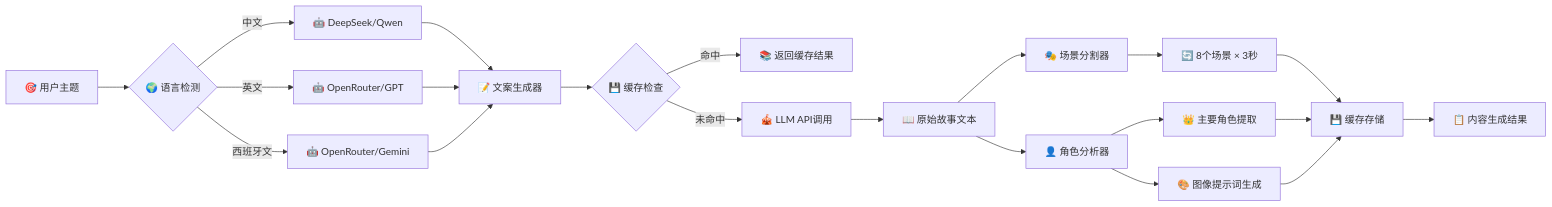
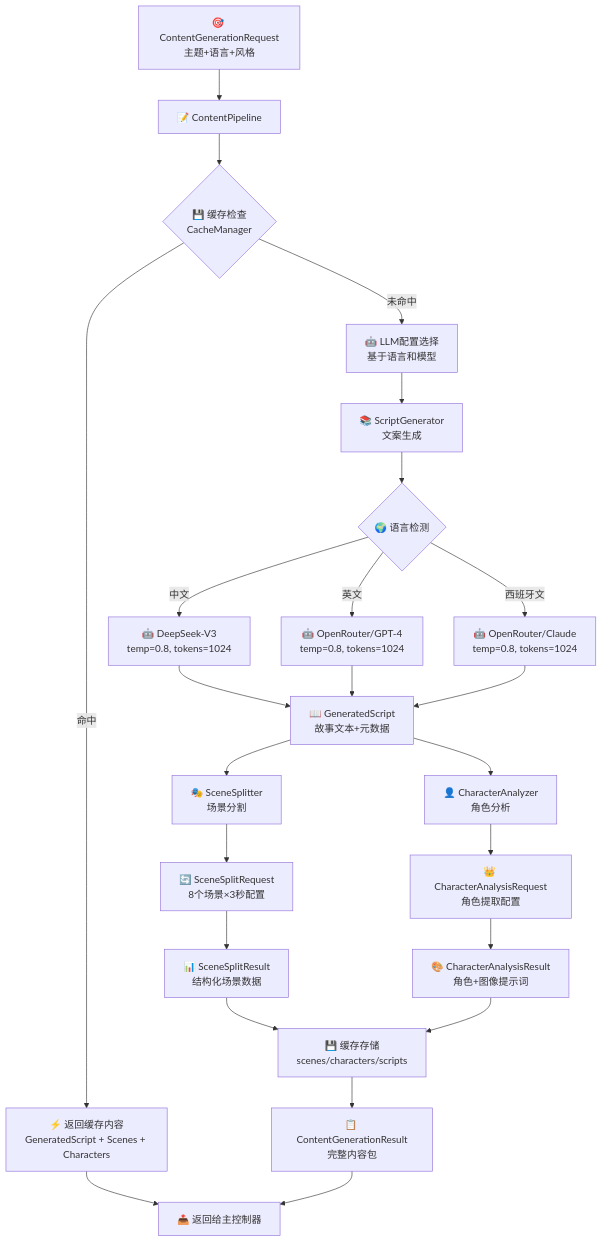
One commit to qq1151131109/story_video_generator changed the second of 14 diagrams in WORKFLOW_DIAGRAM.md. Above: the diagram before and after it, drawn with Mermaid. The commit also changed other lines of this file and 3 other files, not shown here.

First line of the commit message:
🎨 优化图像提示词生成系统

````diff
--- a/WORKFLOW_DIAGRAM.md
+++ b/WORKFLOW_DIAGRAM.md
@@ -39,30 +57,45 @@
 ```mermaid
-graph LR
-    A[🎯 用户主题] --> B{🌍 语言检测}
-    B -->|中文| C[🤖 DeepSeek/Qwen]
-    B -->|英文| D[🤖 OpenRouter/GPT]
-    B -->|西班牙文| E[🤖 OpenRouter/Gemini]
+graph TB
+    %% 输入处理
+    A[🎯 ContentGenerationRequest<br/>主题+语言+风格] --> B[📝 ContentPipeline]
     
-    C --> F[📝 文案生成器]
-    D --> F
-    E --> F
+    %% 缓存检查层
+    B --> C{💾 缓存检查<br/>CacheManager}
+    C -->|命中| D[⚡ 返回缓存内容<br/>GeneratedScript + Scenes + Characters]
     
-    F --> G{💾 缓存检查}
-    G -->|命中| H[📚 返回缓存结果]
-    G -->|未命中| I[🎪 LLM API调用]
+    %% 内容生成分支
+    C -->|未命中| E[🤖 LLM配置选择<br/>基于语言和模型]
+    E --> F[📚 ScriptGenerator<br/>文案生成]
     
-    I --> J[📖 原始故事文本]
+    %% 模型选择
+    F --> G{🌍 语言检测}
+    G -->|中文| H[🤖 DeepSeek-V3<br/>temp=0.8, tokens=1024]
+    G -->|英文| I[🤖 OpenRouter/GPT-4<br/>temp=0.8, tokens=1024]
+    G -->|西班牙文| J[🤖 OpenRouter/Claude<br/>temp=0.8, tokens=1024]
     
-    J --> K[🎭 场景分割器]
-    K --> L[🔄 8个场景 × 3秒]
+    %% 文案生成结果
+    H --> K[📖 GeneratedScript<br/>故事文本+元数据]
+    I --> K
+    J --> K
     
-    J --> M[👤 角色分析器]
-    M --> N[👑 主要角色提取]
-    M --> O[🎨 图像提示词生成]
+    %% 并行处理分支
+    K --> L[🎭 SceneSplitter<br/>场景分割]
+    K --> M[👤 CharacterAnalyzer<br/>角色分析]
     
-    L --> P[💾 缓存存储]
-    N --> P
-    O --> P
+    %% 场景分割处理
+    L --> N[🔄 SceneSplitRequest<br/>8个场景×3秒配置]
+    N --> O[📊 SceneSplitResult<br/>结构化场景数据]
     
-    P --> Q[📋 内容生成结果]
+    %% 角色分析处理
+    M --> P[👑 CharacterAnalysisRequest<br/>角色提取配置]
+    P --> Q[🎨 CharacterAnalysisResult<br/>角色+图像提示词]
+    
+    %% 结果整合和缓存
+    O --> R[💾 缓存存储<br/>scenes/characters/scripts]
+    Q --> R
+    R --> S[📋 ContentGenerationResult<br/>完整内容包]
+    
+    %% 最终输出
+    D --> T[📤 返回给主控制器]
+    S --> T
 ```
````
